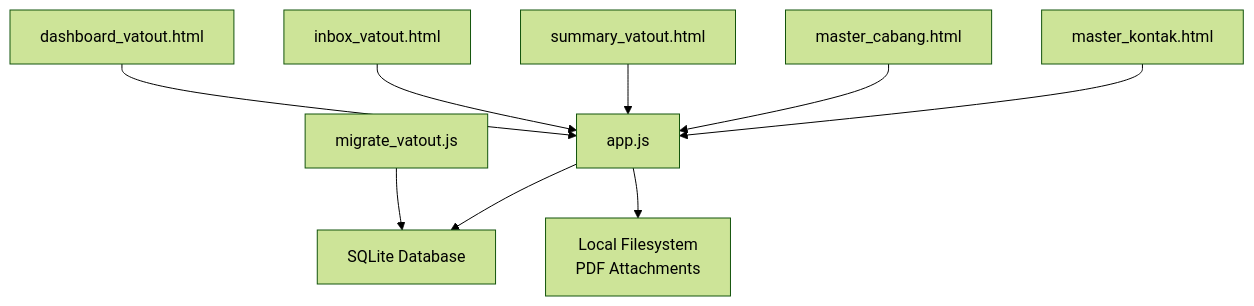
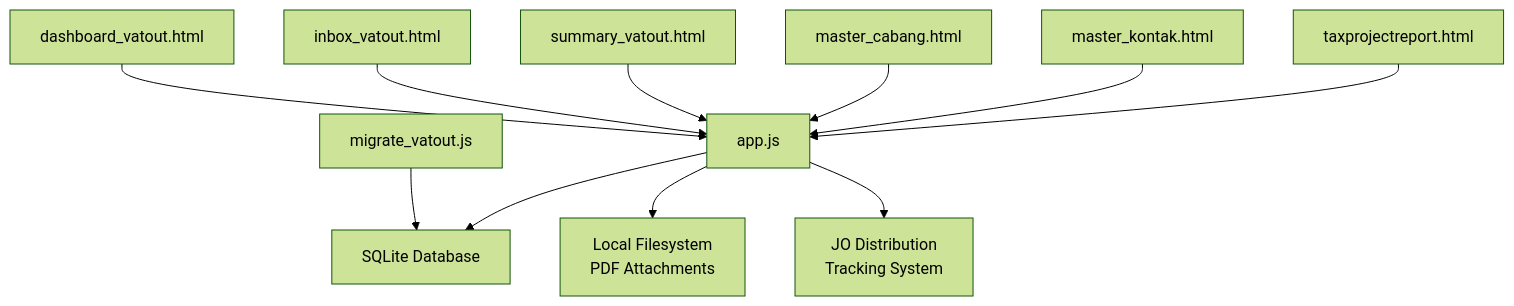
Before and after one commit to rendisiagian/TDS_by_RENDISIAGIAN: the second of 10 diagrams in .qoder/repowiki/en/content/VAT Management System/VAT Output (VAT OUT).md, drawn with Mermaid (forest theme). The commit also changed other lines of this file and 91 other files, not shown here.

````diff
--- a/.qoder/repowiki/en/content/VAT Management System/VAT Output (VAT OUT).md
+++ b/.qoder/repowiki/en/content/VAT Management System/VAT Output (VAT OUT).md
@@ -105,20 +117,24 @@
 ```mermaid
 graph TB
 UI_Dashboard["dashboard_vatout.html"]
 UI_Inbox["inbox_vatout.html"]
 UI_Summary["summary_vatout.html"]
 BE_App["app.js"]
 DB_SQLite["SQLite Database"]
 FS_Attachments["Local Filesystem<br/>PDF Attachments"]
 Master_Cabang["master_cabang.html"]
 Master_Kontak["master_kontak.html"]
 Migration_Tool["migrate_vatout.js"]
+JO_Tracking["JO Distribution<br/>Tracking System"]
+Tax_Report["taxprojectreport.html"]
 UI_Dashboard --> BE_App
 UI_Inbox --> BE_App
 UI_Summary --> BE_App
 Migration_Tool --> DB_SQLite
 BE_App --> DB_SQLite
 BE_App --> FS_Attachments
+BE_App --> JO_Tracking
 Master_Cabang --> BE_App
 Master_Kontak --> BE_App
+Tax_Report --> BE_App
 ```
````
